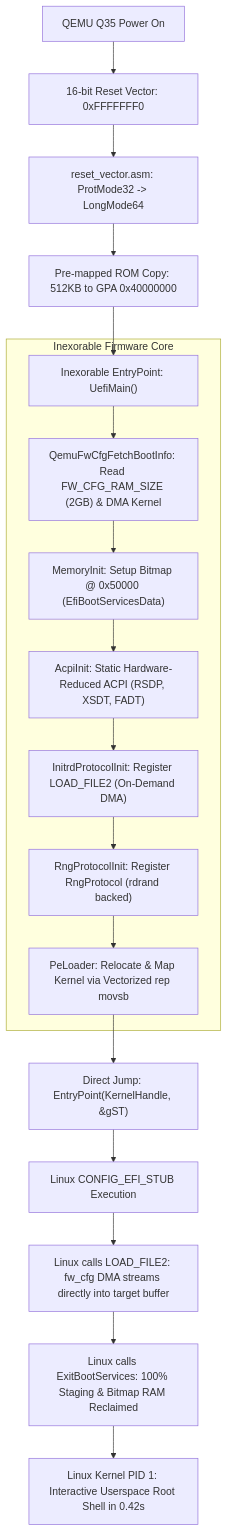
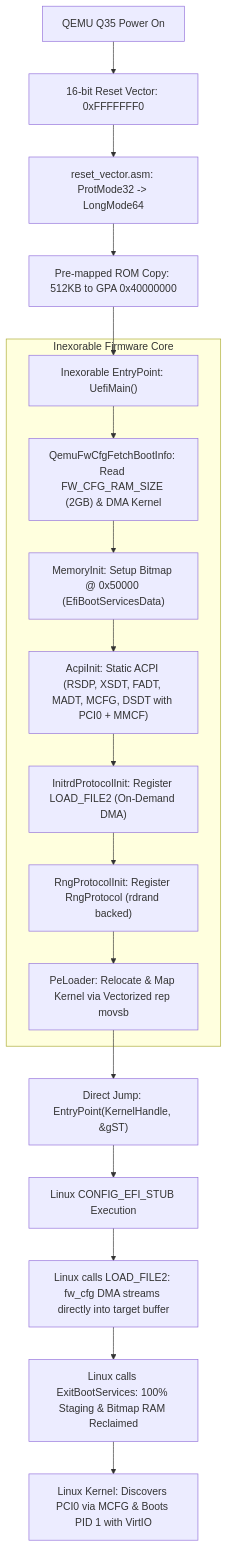
One commit to bt-balci/Inexorable changed the diagram in HANDOFF.md. Above: the diagram before and after it, drawn with Mermaid. The commit also changed other lines of this file and 29 other files, not shown here.

First line of the commit message:
feat(pci): verify MCFG PCIe handoff, add cross-platform Makefile, and remove obsolete projects

````diff
--- a/HANDOFF.md
+++ b/HANDOFF.md
@@ -74,22 +82,22 @@
 ```mermaid
 flowchart TD
     A["QEMU Q35 Power On"] --> B["16-bit Reset Vector: 0xFFFFFFF0"]
     B --> C["reset_vector.asm: ProtMode32 -> LongMode64"]
     C --> D["Pre-mapped ROM Copy: 512KB to GPA 0x40000000"]
     D --> E["Inexorable EntryPoint: UefiMain()"]
     
     subgraph Inexorable Firmware Core
         E --> F["QemuFwCfgFetchBootInfo: Read FW_CFG_RAM_SIZE (2GB) & DMA Kernel"]
         F --> G["MemoryInit: Setup Bitmap @ 0x50000 (EfiBootServicesData)"]
-        G --> H["AcpiInit: Static Hardware-Reduced ACPI (RSDP, XSDT, FADT)"]
+        G --> H["AcpiInit: Static ACPI (RSDP, XSDT, FADT, MADT, MCFG, DSDT with PCI0 + MMCF)"]
         H --> I["InitrdProtocolInit: Register LOAD_FILE2 (On-Demand DMA)"]
         I --> J["RngProtocolInit: Register RngProtocol (rdrand backed)"]
         J --> K["PeLoader: Relocate & Map Kernel via Vectorized rep movsb"]
     end
     
     K --> L["Direct Jump: EntryPoint(KernelHandle, &gST)"]
     L --> M["Linux CONFIG_EFI_STUB Execution"]
     M --> N["Linux calls LOAD_FILE2: fw_cfg DMA streams directly into target buffer"]
     N --> O["Linux calls ExitBootServices: 100% Staging & Bitmap RAM Reclaimed"]
-    O --> P["Linux Kernel PID 1: Interactive Userspace Root Shell in 0.42s"]
+    O --> P["Linux Kernel: Discovers PCI0 via MCFG & Boots PID 1 with VirtIO"]
 ```
````
